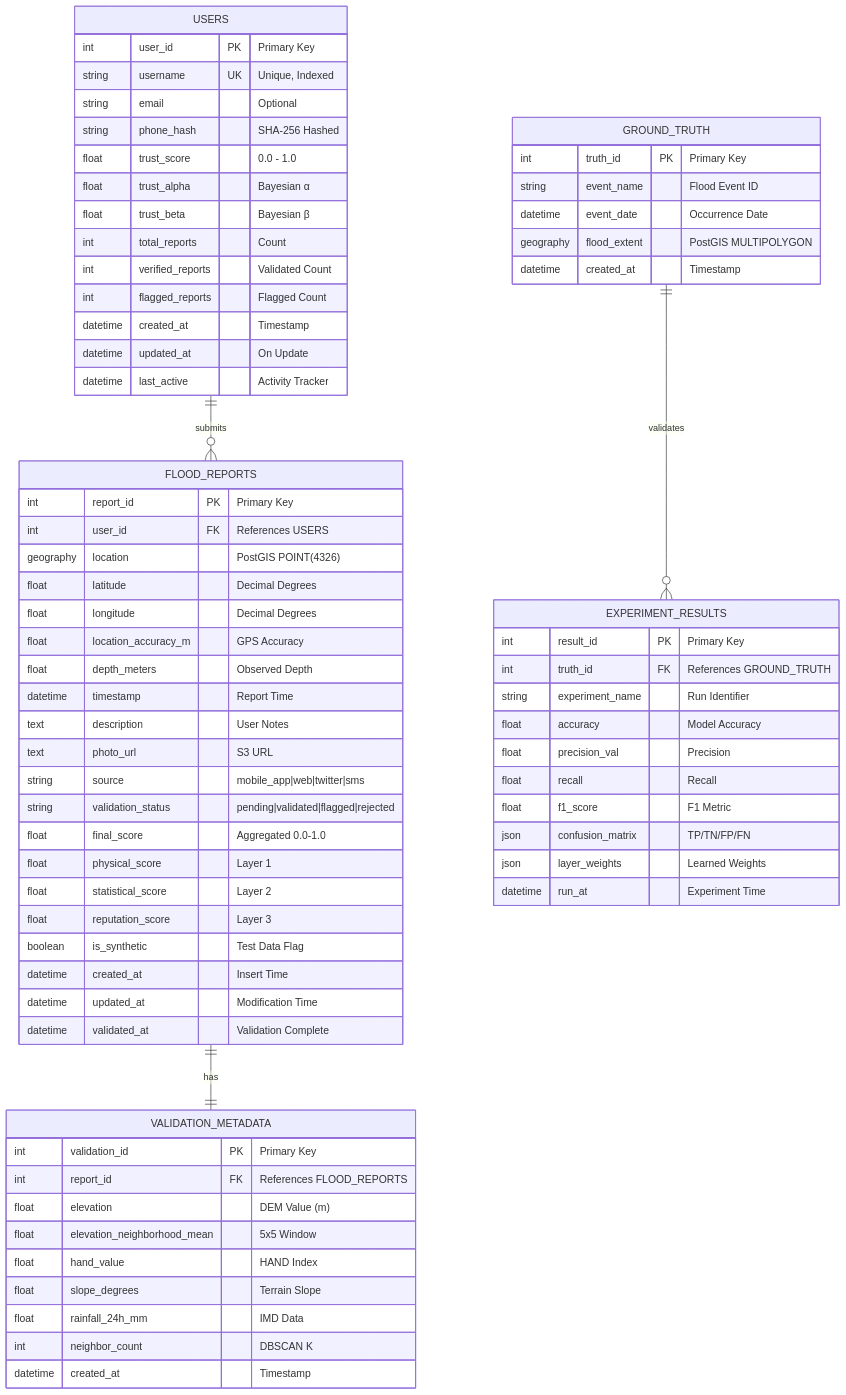
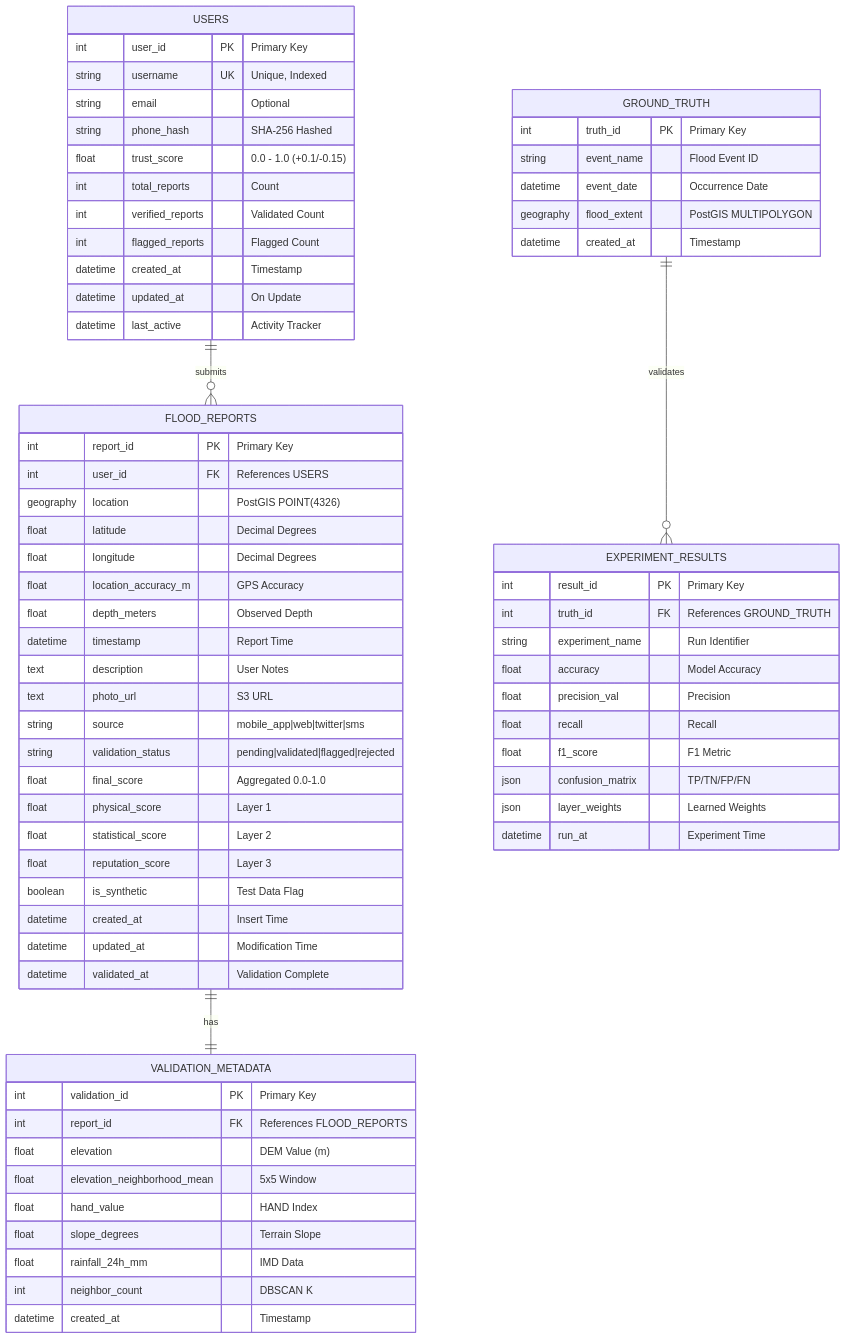
The diagram in results/figures/diagrams/05_database_er.md (ui07xWizardOp/odisha-flood-validation-system), drawn with Mermaid before and after one commit. The commit also changed 17 other files, not shown here.

````diff
--- a/results/figures/diagrams/05_database_er.md
+++ b/results/figures/diagrams/05_database_er.md
@@ -9,79 +9,77 @@
 ```mermaid
 erDiagram
     USERS {
         int user_id PK "Primary Key"
         string username UK "Unique, Indexed"
         string email "Optional"
         string phone_hash "SHA-256 Hashed"
-        float trust_score "0.0 - 1.0"
-        float trust_alpha "Bayesian α"
-        float trust_beta "Bayesian β"
+        float trust_score "0.0 - 1.0 (+0.1/-0.15)"
         int total_reports "Count"
         int verified_reports "Validated Count"
         int flagged_reports "Flagged Count"
         datetime created_at "Timestamp"
         datetime updated_at "On Update"
         datetime last_active "Activity Tracker"
     }
 
     FLOOD_REPORTS {
         int report_id PK "Primary Key"
         int user_id FK "References USERS"
         geography location "PostGIS POINT(4326)"
         float latitude "Decimal Degrees"
         float longitude "Decimal Degrees"
         float location_accuracy_m "GPS Accuracy"
         float depth_meters "Observed Depth"
         datetime timestamp "Report Time"
         text description "User Notes"
         text photo_url "S3 URL"
         string source "mobile_app|web|twitter|sms"
         string validation_status "pending|validated|flagged|rejected"
         float final_score "Aggregated 0.0-1.0"
         float physical_score "Layer 1"
         float statistical_score "Layer 2"
         float reputation_score "Layer 3"
         boolean is_synthetic "Test Data Flag"
         datetime created_at "Insert Time"
         datetime updated_at "Modification Time"
         datetime validated_at "Validation Complete"
     }
 
     VALIDATION_METADATA {
         int validation_id PK "Primary Key"
         int report_id FK "References FLOOD_REPORTS"
         float elevation "DEM Value (m)"
         float elevation_neighborhood_mean "5x5 Window"
         float hand_value "HAND Index"
         float slope_degrees "Terrain Slope"
         float rainfall_24h_mm "IMD Data"
         int neighbor_count "DBSCAN K"
         datetime created_at "Timestamp"
     }
 
     GROUND_TRUTH {
         int truth_id PK "Primary Key"
         string event_name "Flood Event ID"
         datetime event_date "Occurrence Date"
         geography flood_extent "PostGIS MULTIPOLYGON"
         datetime created_at "Timestamp"
     }
 
     EXPERIMENT_RESULTS {
         int result_id PK "Primary Key"
         int truth_id FK "References GROUND_TRUTH"
         string experiment_name "Run Identifier"
         float accuracy "Model Accuracy"
         float precision_val "Precision"
         float recall "Recall"
         float f1_score "F1 Metric"
         json confusion_matrix "TP/TN/FP/FN"
         json layer_weights "Learned Weights"
         datetime run_at "Experiment Time"
     }
 
     %% Relationships
     USERS ||--o{ FLOOD_REPORTS : "submits"
     FLOOD_REPORTS ||--|| VALIDATION_METADATA : "has"
     GROUND_TRUTH ||--o{ EXPERIMENT_RESULTS : "validates"
 ```
````
